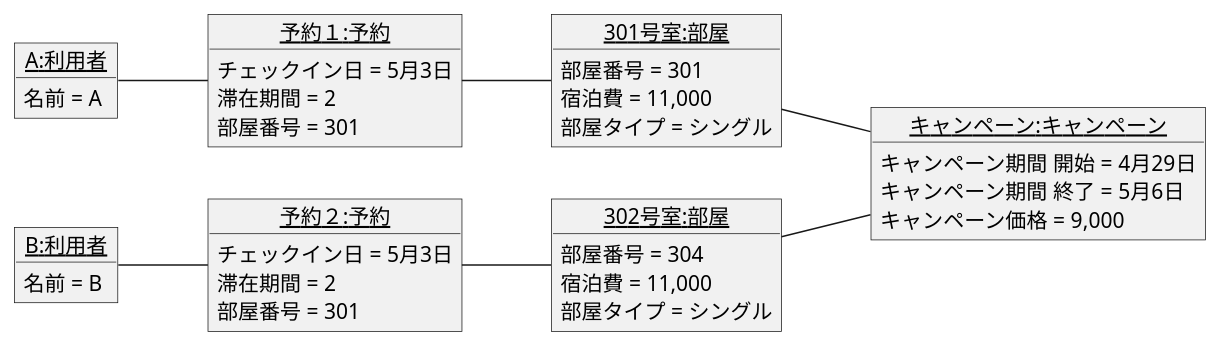
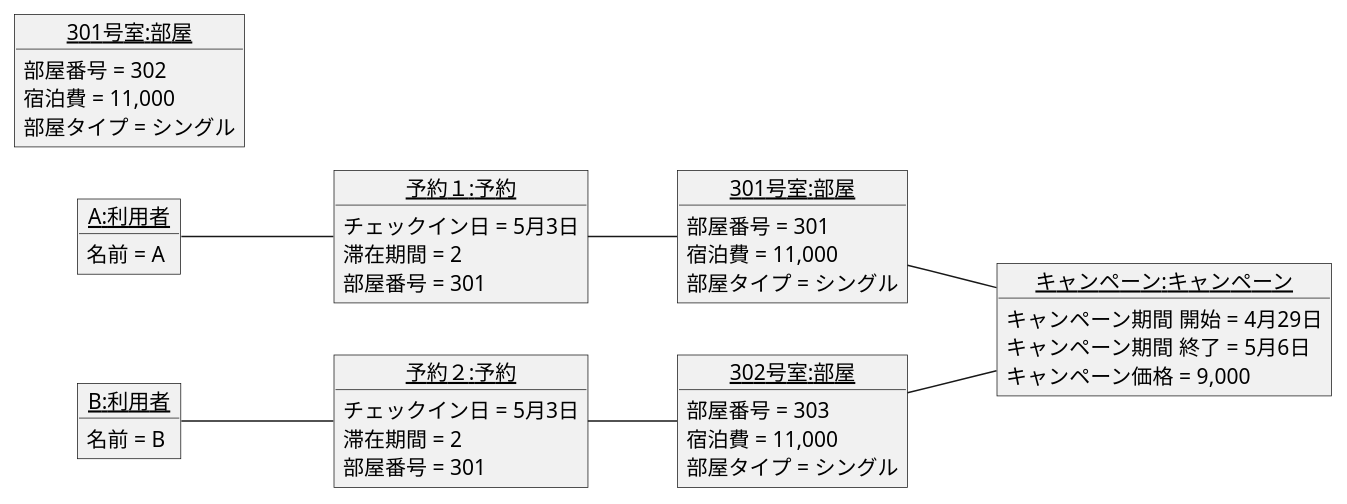
One commit to yoshidasen/uml-introduction changed the diagram in 演習3-5_OBJ_ホテル宿泊予約.pu. Above: the diagram before and after it, drawn with PlantUML.

Commit message:
演習3-5　修正

```diff
--- a/演習3-5_OBJ_ホテル宿泊予約.pu
+++ b/演習3-5_OBJ_ホテル宿泊予約.pu
@@ -1,42 +1,47 @@
 @startuml ホテル宿泊予約
     left to right direction
     object "<u>A:利用者</u>" as O1 {
         名前 = A
     } 
     object "<u>B:利用者</u>" as O2 {
         名前 = B
     }
     object "<u>301号室:部屋</u>" as O3 {
         部屋番号 = 301
         宿泊費 = 11,000
         部屋タイプ = シングル
     }
-    object "<u>302号室:部屋</u>" as O4 {
-        部屋番号 = 304
+    object "<u>301号室:部屋</u>" as O4 {
+        部屋番号 = 302
         宿泊費 = 11,000
         部屋タイプ = シングル
     }
-    object "<u>キャンペーン:キャンペーン</u>" as O5 {
+    object "<u>302号室:部屋</u>" as O5 {
+        部屋番号 = 303
+        宿泊費 = 11,000
+        部屋タイプ = シングル
+    }
+    object "<u>キャンペーン:キャンペーン</u>" as O6 {
         キャンペーン期間 開始 = 4月29日
         キャンペーン期間 終了 = 5月6日
         キャンペーン価格 = 9,000
     }
 
-    object "<u>予約１:予約</u>" as O6 {
+    object "<u>予約１:予約</u>" as O7 {
         チェックイン日 = 5月3日
         滞在期間 = 2
         部屋番号 = 301
     }
-    object "<u>予約２:予約</u>" as O7 {
+    object "<u>予約２:予約</u>" as O8 {
         チェックイン日 = 5月3日
         滞在期間 = 2
         部屋番号 = 301
     }
 
-    O1 -- O6
-    O2 -- O7
-    O3 -- O5
-    O4 -- O5
-    O6 -- O3
-    O7 -- O4
+    O1 -- O7
+    O2 -- O8
+    O3 -- O6
+    O5 -- O6
+    O7 -- O3
+    O8 -- O5
 @enduml
```
